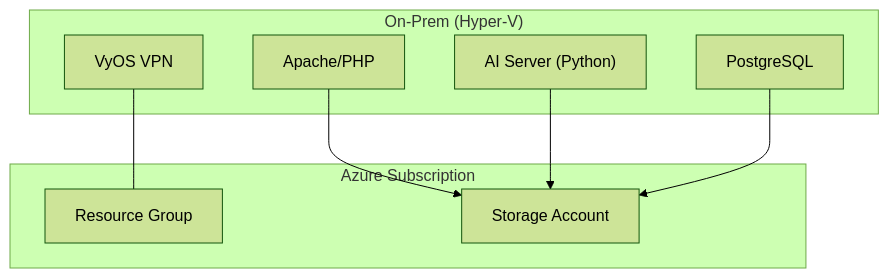
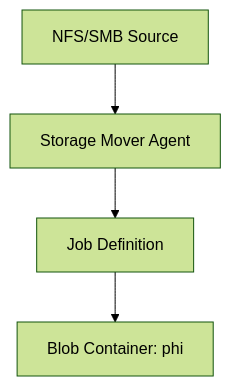
The diagram in Azure_Storage/assets/diagrams/module18_flow.mmd (heisthesisko/azure-se-bootcamp), drawn with Mermaid (forest theme) before and after one commit. The commit also changed 213 other files, not shown here.

```diff
--- a/Azure_Storage/assets/diagrams/module18_flow.mmd
+++ b/Azure_Storage/assets/diagrams/module18_flow.mmd
@@ -1,15 +1,4 @@
 flowchart TB
-  subgraph Azure ["Azure Subscription"]
-    RG["Resource Group"]
-    SA["Storage Account"]
-  end
-  subgraph OnPrem ["On-Prem (Hyper-V)"]
-    VyOS["VyOS VPN"]
-    Web["Apache/PHP"]
-    DB["PostgreSQL"]
-    AI["AI Server (Python)"]
-  end
-  VyOS --- RG
-  Web --> SA
-  AI --> SA
-  DB --> SA
+  Source["NFS/SMB Source"] --> Agent["Storage Mover Agent"]
+  Agent --> Job["Job Definition"]
+  Job --> Blob["Blob Container: phi"]
```
